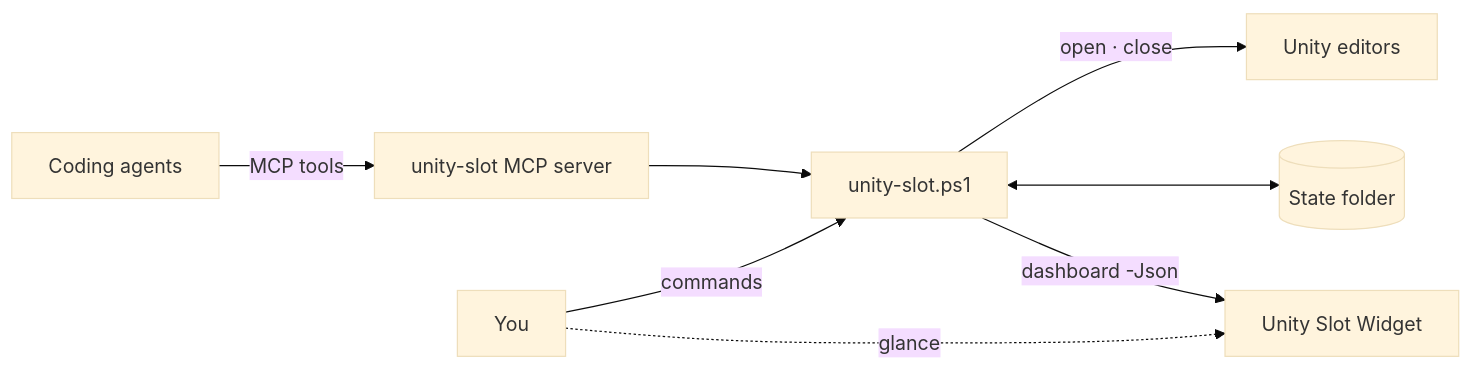
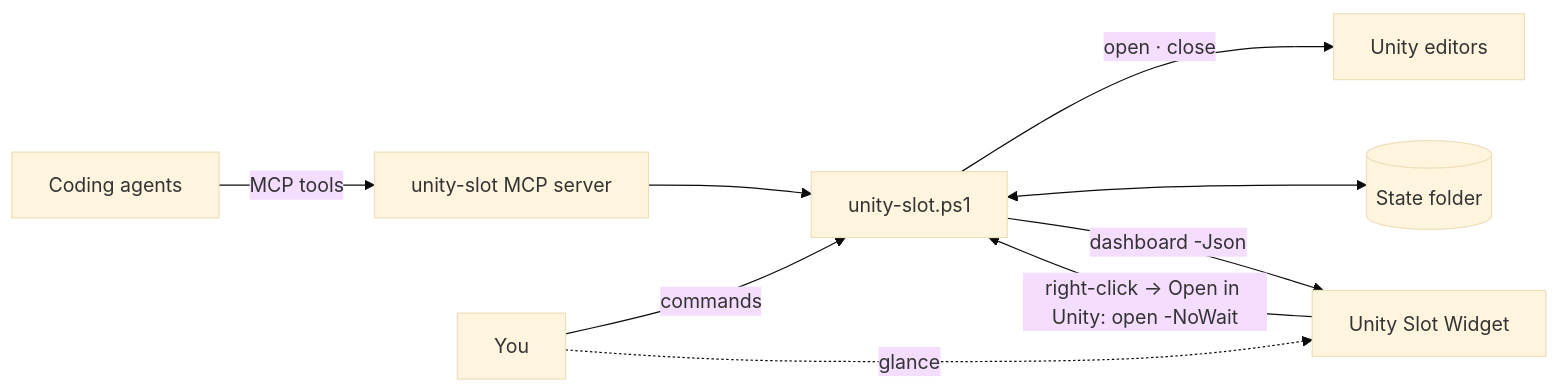
One commit to cyKim0115/unity-slot-widget changed the second of 2 diagrams in README.en.md. Above: the diagram before and after it, drawn with Mermaid (base theme). The commit also changed other lines of this file and 1 other file, not shown here.

````diff
--- a/README.en.md
+++ b/README.en.md
@@ -96,10 +99,11 @@
 ```mermaid
 flowchart LR
     agent["Coding agents"] -- "MCP tools" --> mcp["unity-slot MCP server"]
     person["You"] -- "commands" --> cli["unity-slot.ps1"]
     mcp --> cli
     cli -- "open · close" --> editor["Unity editors"]
     cli <--> state[("State folder")]
     cli -- "dashboard -Json" --> widget["Unity Slot Widget"]
+    widget -- "right-click → Open in Unity: open -NoWait" --> cli
     person -. "glance" .-> widget
 ```
````
